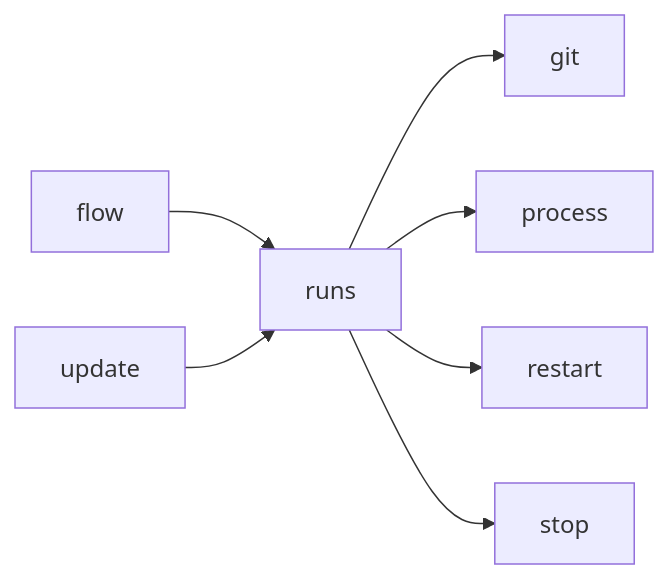
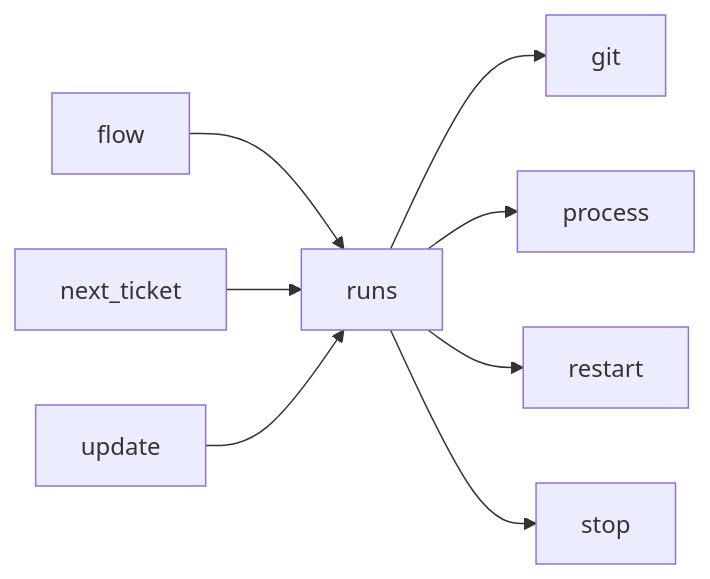
Before and after one commit to plaplanche/ariane: the third of 3 diagrams in docs/architecture/modules/runs.md, drawn with Mermaid. The commit also changed 42 other files, not shown here.

Commit message:
#223: ariane next: propose the next ticket that can start safely next to the running ones, start it on the owner's confirmation (C11, C22, C23)

````diff
--- a/docs/architecture/modules/runs.md
+++ b/docs/architecture/modules/runs.md
@@ -85,9 +85,10 @@
 ```mermaid
 flowchart LR
   flow --> runs
+  next_ticket --> runs
   runs --> git
   runs --> process
   runs --> restart
   runs --> stop
   update --> runs
 ```
````
